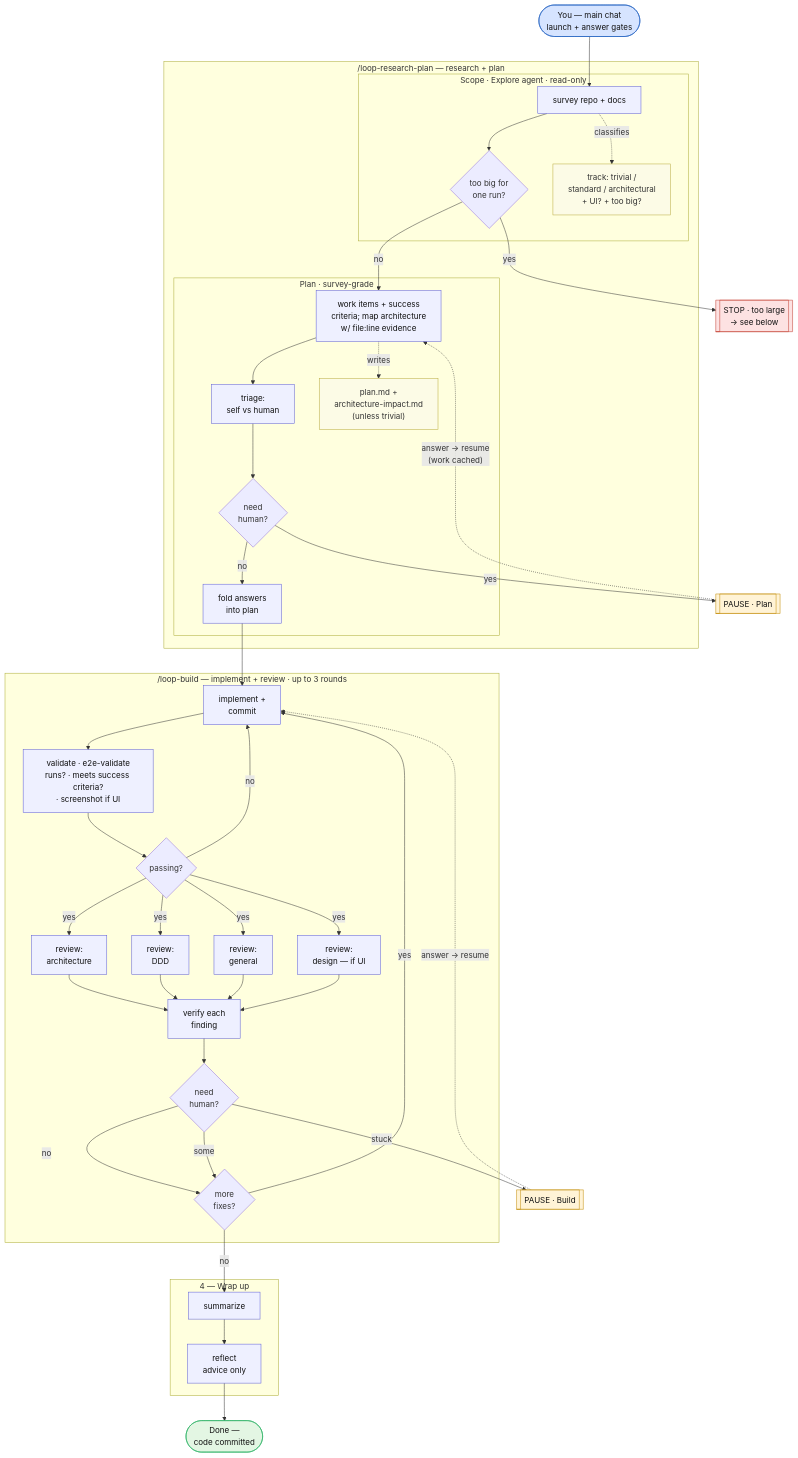
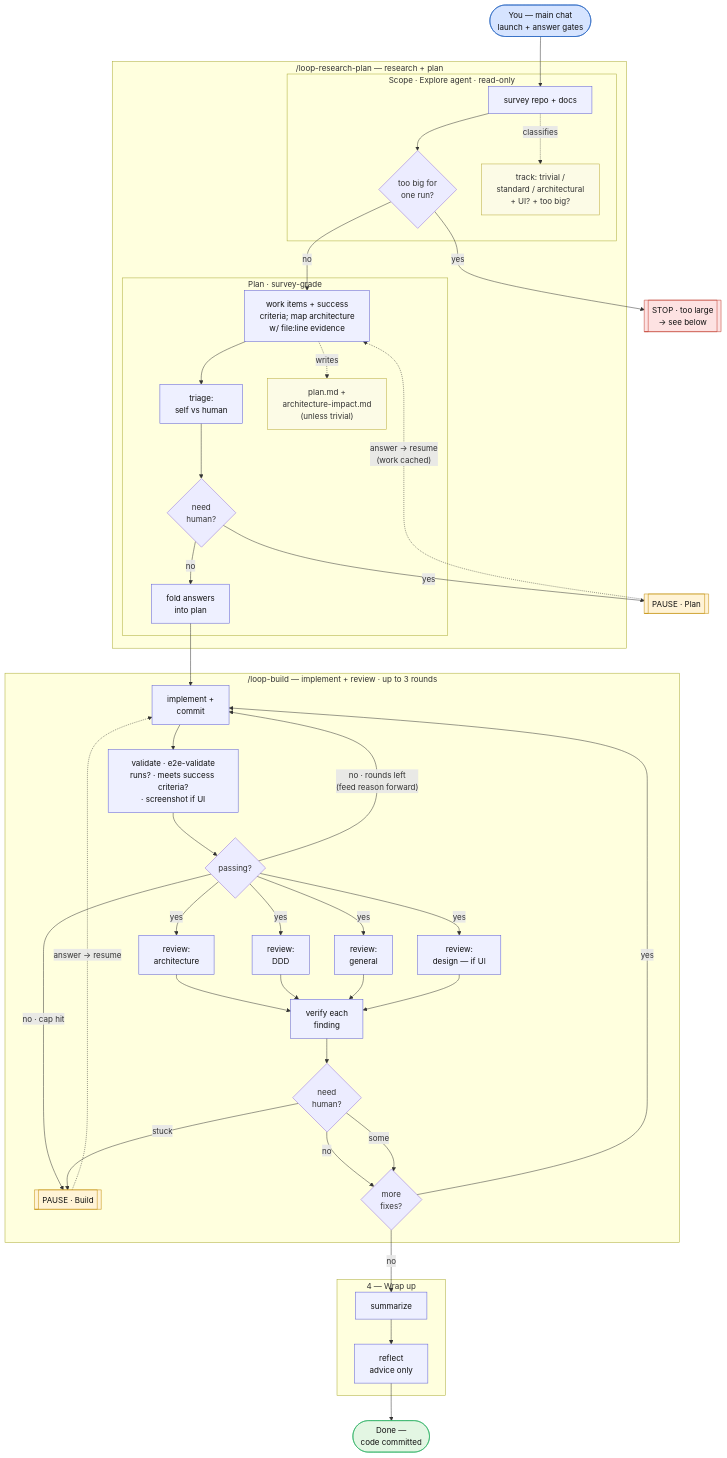
Before and after one commit to superliaye/my-agent-kits: the second of 3 diagrams in capabilities/skills/@loop/loop-full-swe/FLOW.md, drawn with Mermaid. The commit also changed 3 other files, not shown here.

````diff
--- a/capabilities/skills/@loop/loop-full-swe/FLOW.md
+++ b/capabilities/skills/@loop/loop-full-swe/FLOW.md
@@ -39,57 +39,58 @@
 ```mermaid
 flowchart TD
     Main([" You — main chat<br/>launch + answer gates "]):::main --> Scope
 
     subgraph S1 ["/loop-research-plan — research + plan"]
       subgraph P0 ["Scope · Explore agent · read-only"]
         Scope["survey repo + docs"]:::agent --> TL{"too big for<br/>one run?"}
         Scope -. classifies .-> SF["track: trivial /<br/>standard / architectural<br/>+ UI? + too big?"]:::note
       end
       subgraph P1 ["Plan · survey-grade"]
         Plan["work items + success<br/>criteria; map architecture<br/>w/ file:line evidence"]:::agent --> Digest
         Plan -. writes .-> AF["plan.md +<br/>architecture-impact.md<br/>(unless trivial)"]:::note
         Digest["triage:<br/>self vs human"]:::agent --> NeedH{"need<br/>human?"}
         NeedH -->|no| Bake["fold answers<br/>into plan"]:::agent
       end
       TL -->|no| Plan
     end
     TL -->|yes| GDist
     NeedH -->|yes| GPlan
 
     subgraph S2 ["/loop-build — implement + review · up to 3 rounds"]
         Impl["implement +<br/>commit"]:::agent --> Eval
         Eval["validate · e2e-validate<br/>runs? · meets success criteria?<br/>· screenshot if UI"]:::agent --> Val{"passing?"}
-        Val -->|no| Impl
+        Val -->|"no · rounds left<br/>(feed reason forward)"| Impl
+        Val -->|"no · cap hit"| GBuild
         Val -->|yes| Ra & Rd & Rg & Ro
         Ra["review:<br/>architecture"]:::agent --> Vfy
         Rd["review:<br/>DDD"]:::agent --> Vfy
         Rg["review:<br/>general"]:::agent --> Vfy
         Ro["review:<br/>design — if UI"]:::agent --> Vfy
         Vfy["verify each<br/>finding"]:::agent --> HasH{"need<br/>human?"}
         HasH -->|no| More{"more<br/>fixes?"}
         HasH -->|some| More
         More -->|yes| Impl
     end
     Bake --> Impl
     HasH -->|stuck| GBuild
 
     subgraph P3 ["4 — Wrap up"]
         Sum["summarize"]:::agent --> Retro["reflect<br/>advice only"]:::agent
     end
     More -->|no| Sum
     Retro --> GDone([" Done —<br/>code committed "]):::done
 
     GPlan[["PAUSE · Plan"]]:::pause
     GBuild[["PAUSE · Build"]]:::pause
     GDist[["STOP · too large<br/>→ see below"]]:::stop
 
     GPlan -. "answer → resume<br/>(work cached)" .-> Plan
     GBuild -. "answer → resume" .-> Impl
 
     classDef main fill:#d6e4ff,stroke:#1f5fbf,color:#111;
     classDef agent fill:#eef0ff,stroke:#5b5bd6,color:#111;
     classDef note fill:#fcfbe6,stroke:#b8a93a,color:#333;
     classDef pause fill:#fff3d6,stroke:#c08a00,color:#111;
     classDef stop fill:#fde2e2,stroke:#c0392b,color:#111;
     classDef done fill:#e3f6e3,stroke:#27ae60,color:#111;
 ```
````
